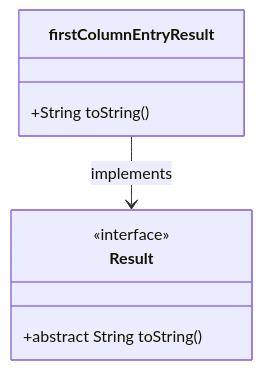
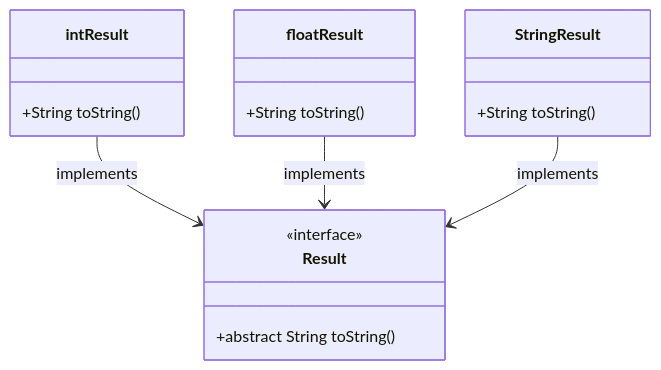
The sixth of 6 diagrams in README-Solution.md (rklasen/programming-challenge), drawn with Mermaid before and after one commit. The commit also changed other lines of this file, not shown here.

````diff
--- a/README-Solution.md
+++ b/README-Solution.md
@@ -141,13 +139,23 @@
 ```mermaid
 classDiagram
 class Result{
     <<interface>>
     +abstract String toString()
 }
 
-class firstColumnEntryResult{
+class StringResult{
     +String toString()
 }
 
-firstColumnEntryResult --> Result: implements
+class intResult{
+    +String toString()
+}
+
+class floatResult{
+    +String toString()
+}
+
+intResult --> Result: implements
+floatResult --> Result: implements
+StringResult --> Result: implements
 ```
````
